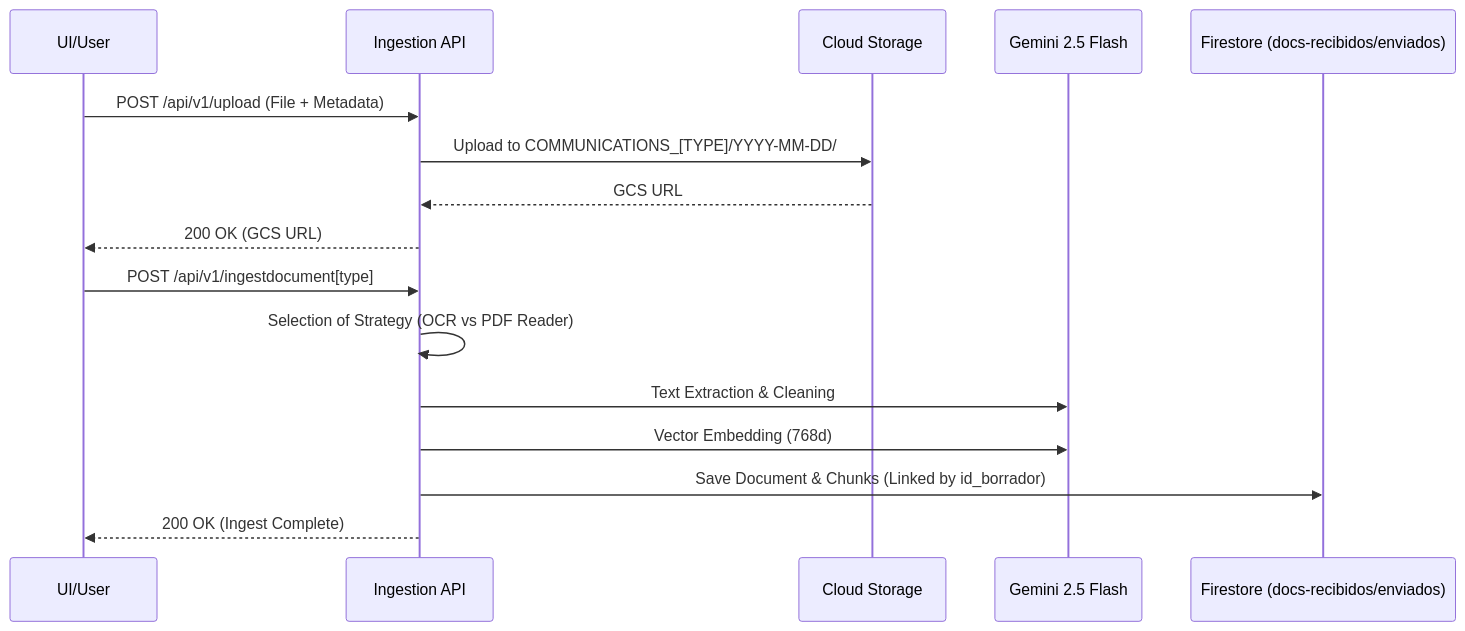
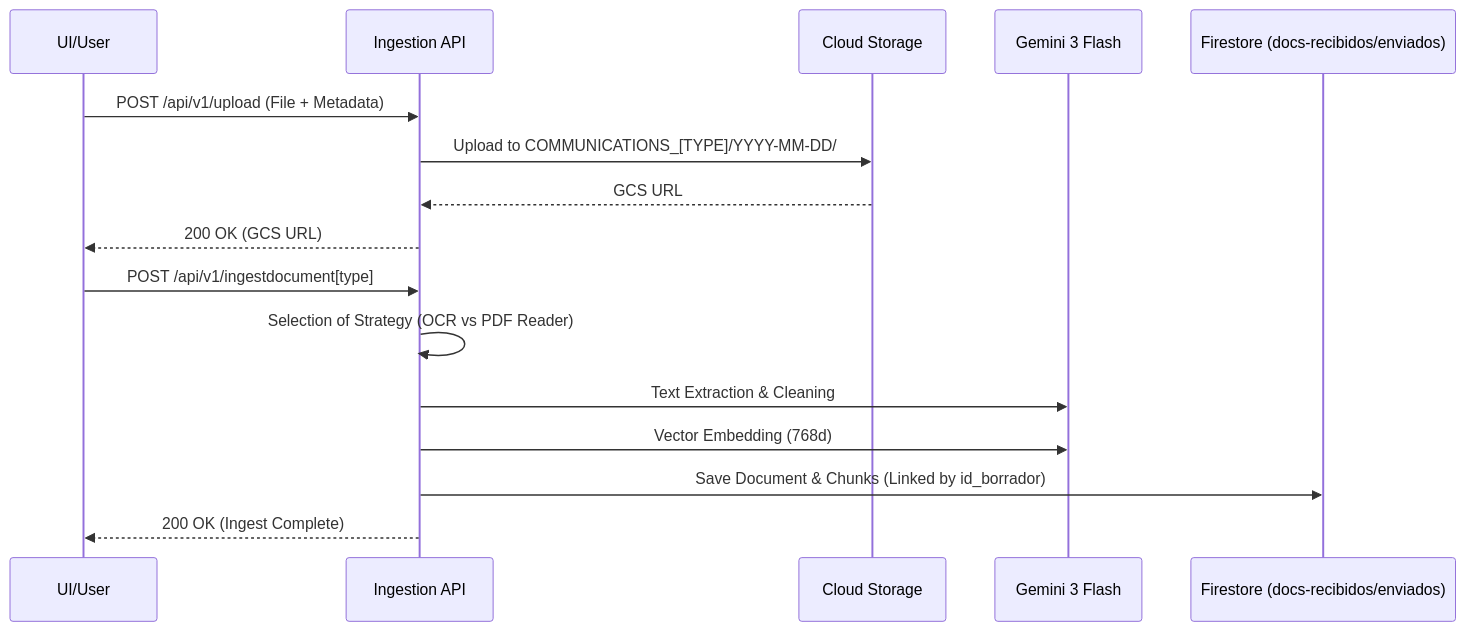
One commit to jggomez/ai-rag-docs changed the second of 3 diagrams in README.md. Above: the diagram before and after it, drawn with Mermaid. The commit also changed other lines of this file and 1 other file, not shown here.

Commit message:
docs: finalize Gemini 3 model documentation across all READMEs

````diff
--- a/README.md
+++ b/README.md
@@ -44,20 +44,20 @@
 ```mermaid
 sequenceDiagram
     participant User as UI/User
     participant API as Ingestion API
     participant GCS as Cloud Storage
-    participant Gemini as Gemini 2.5 Flash
+    participant Gemini as Gemini 3 Flash
     participant DB as Firestore (docs-recibidos/enviados)
 
     User->>API: POST /api/v1/upload (File + Metadata)
     API->>GCS: Upload to COMMUNICATIONS_[TYPE]/YYYY-MM-DD/
     GCS-->>API: GCS URL
     API-->>User: 200 OK (GCS URL)
 
     User->>API: POST /api/v1/ingestdocument[type]
     API->>API: Selection of Strategy (OCR vs PDF Reader)
     API->>Gemini: Text Extraction & Cleaning
     API->>Gemini: Vector Embedding (768d)
     API->>DB: Save Document & Chunks (Linked by id_borrador)
     API-->>User: 200 OK (Ingest Complete)
 ```
````
